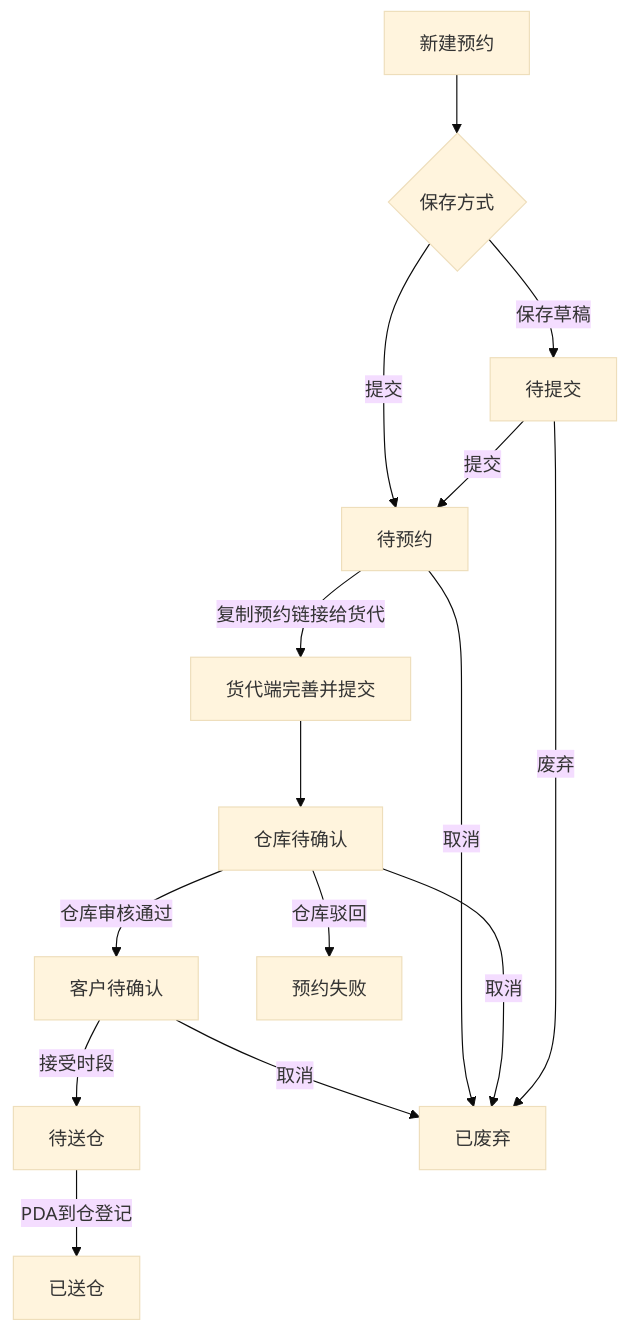
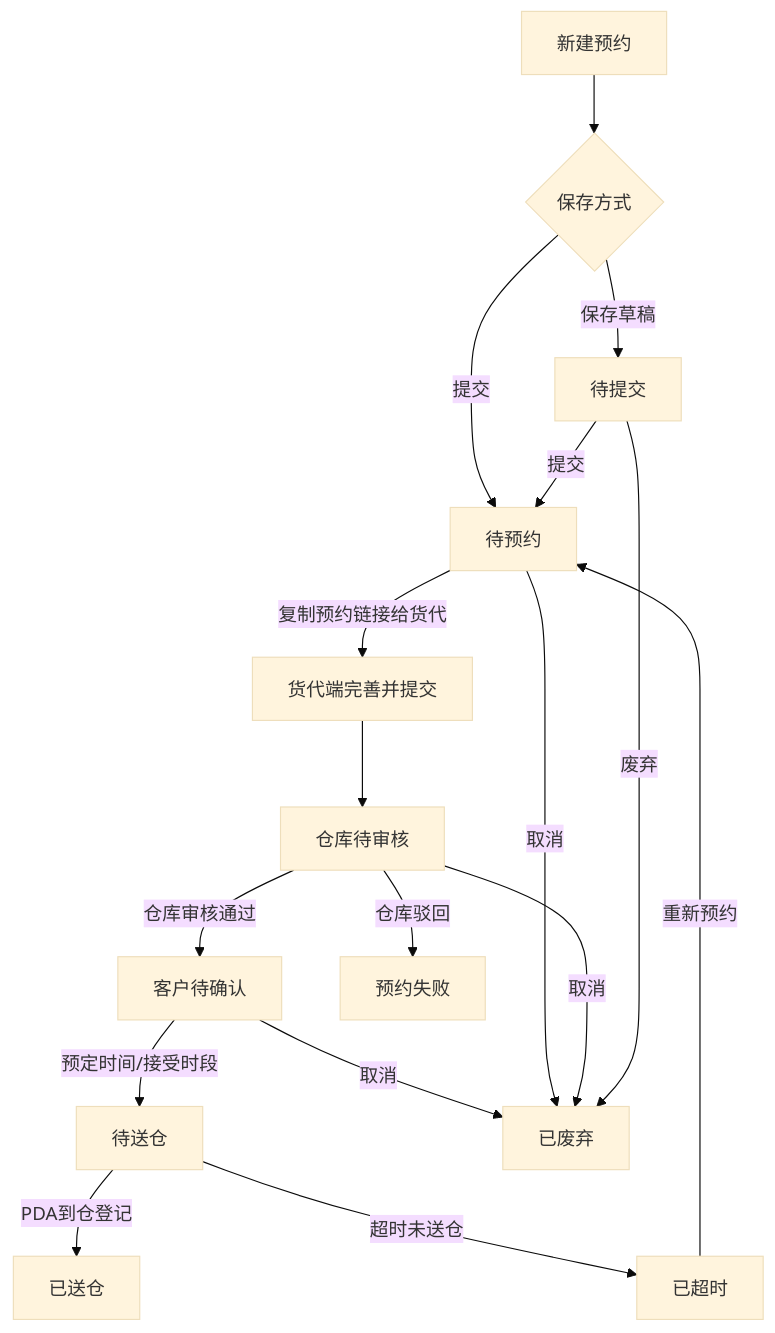
The diagram in docs/客户前台预约送仓需求文档.md (changkimfung/WedoBooking), drawn with Mermaid (base theme) before and after one commit. The commit also changed other lines of this file and 181 other files, not shown here.

````diff
--- a/docs/客户前台预约送仓需求文档.md
+++ b/docs/客户前台预约送仓需求文档.md
@@ -70,17 +77,19 @@
 ```mermaid
 flowchart TD
     A[新建预约] --> B{保存方式}
     B -->|保存草稿| C[待提交]
     B -->|提交| D[待预约]
     C -->|提交| D
     D -->|复制预约链接给货代| E[货代端完善并提交]
-    E --> F[仓库待确认]
+    E --> F[仓库待审核]
     F -->|仓库审核通过| G[客户待确认]
     F -->|仓库驳回| H[预约失败]
-    G -->|接受时段| I[待送仓]
+    G -->|预定时间/接受时段| I[待送仓]
     G -->|取消| J[已废弃]
     I -->|PDA到仓登记| K[已送仓]
     D -->|取消| J
     F -->|取消| J
     C -->|废弃| J
+    I -->|超时未送仓| L[已超时]
+    L -->|重新预约| D
 ```
````
